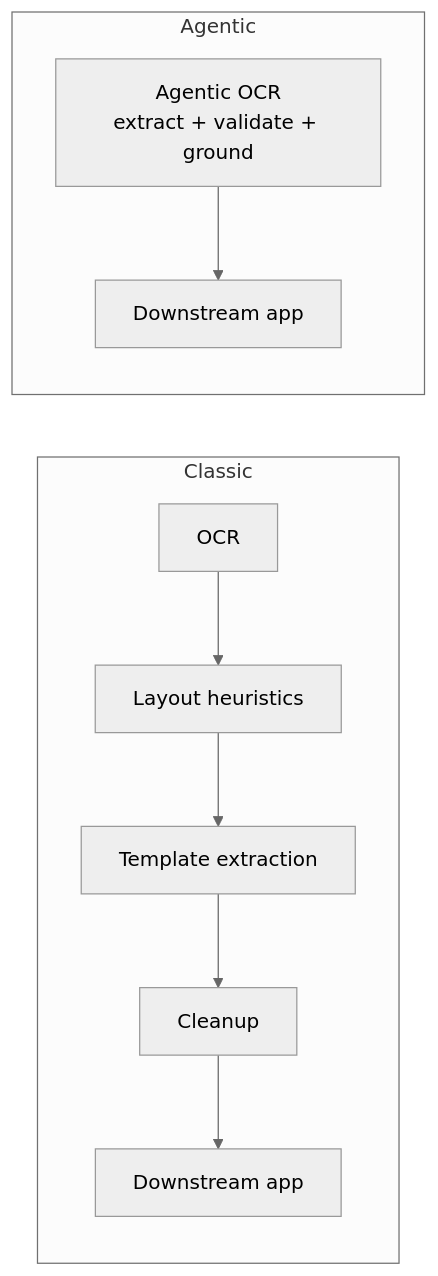
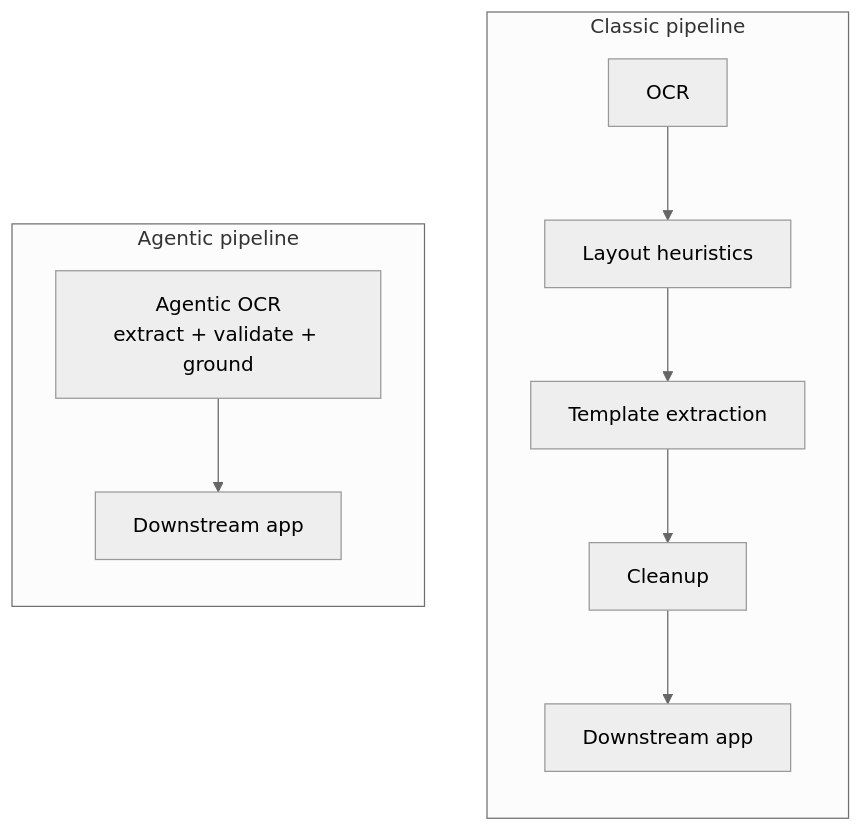
Before and after one commit to asadani/agentic-ocr: the diagram in chapters/06-shift-left.qmd, drawn with Mermaid (neutral theme). The commit also changed 3 other files, not shown here.

````diff
--- a/chapters/06-shift-left.qmd
+++ b/chapters/06-shift-left.qmd
@@ -31,10 +31,12 @@
 ```{mermaid}
 %%| fig-cap: "Where the work moves under the shift-left thesis"
-flowchart LR
-    subgraph Classic
+flowchart TB
+    subgraph Classic [Classic pipeline]
+      direction TB
       A1[OCR] --> A2[Layout heuristics] --> A3[Template extraction] --> A4[Cleanup] --> A5[Downstream app]
     end
-    subgraph Agentic
+    subgraph Agentic [Agentic pipeline]
+      direction TB
       B1[Agentic OCR<br/>extract + validate + ground] --> B2[Downstream app]
     end
 ```
````
